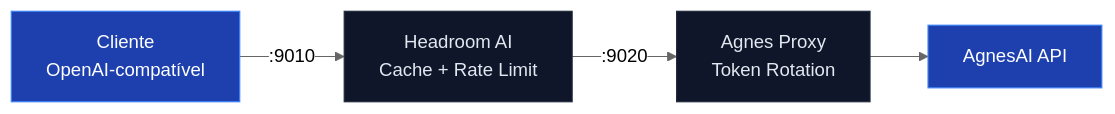
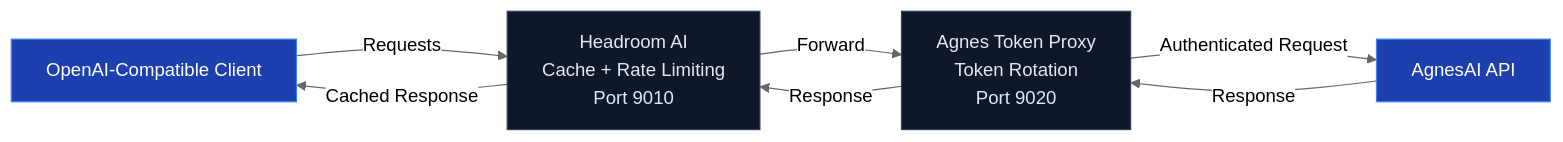
Before and after one commit to tlipe/agnesproxy: the diagram in README.md, drawn with Mermaid (neutral theme). The commit also changed other lines of this file, not shown here.

````diff
--- a/README.md
+++ b/README.md
@@ -19,11 +19,20 @@
 ```mermaid
 graph LR
-    A[Cliente<br/>OpenAI-compatível] -->|:9010| B[Headroom AI<br/>Cache + Rate Limit]
-    B -->|:9020| C[Agnes Proxy<br/>Token Rotation]
-    C --> D[AgnesAI API]
-    
+    A[OpenAI-Compatible Client]
+    B["Headroom AI<br/>Cache + Rate Limiting<br/>Port 9010"]
+    C["Agnes Token Proxy<br/>Token Rotation<br/>Port 9020"]
+    D[AgnesAI API]
+
+    A -->|Requests| B
+    B -->|Forward| C
+    C -->|Authenticated Request| D
+
+    D -->|Response| C
+    C -->|Response| B
+    B -->|Cached Response| A
+
     style A fill:#1e40af,stroke:#3b82f6,color:#fff
-    style B fill:#0f1629,stroke:#1e293b,color:#e2e8f0
-    style C fill:#0f1629,stroke:#1e293b,color:#e2e8f0
+    style B fill:#0f172a,stroke:#334155,color:#e2e8f0
+    style C fill:#0f172a,stroke:#334155,color:#e2e8f0
     style D fill:#1e40af,stroke:#3b82f6,color:#fff
 ```
````
